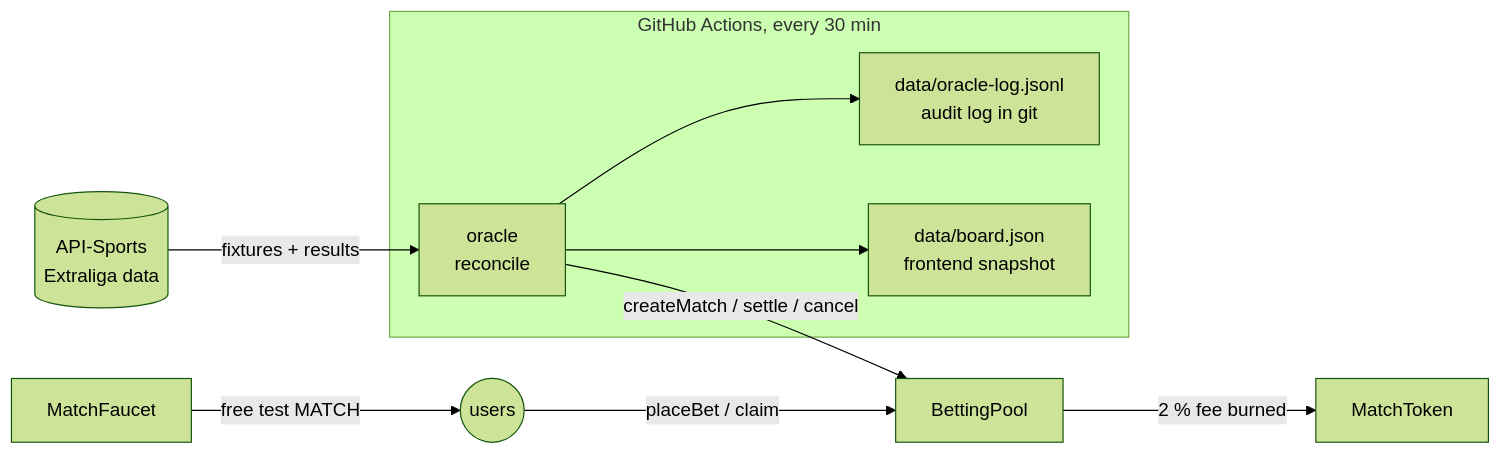
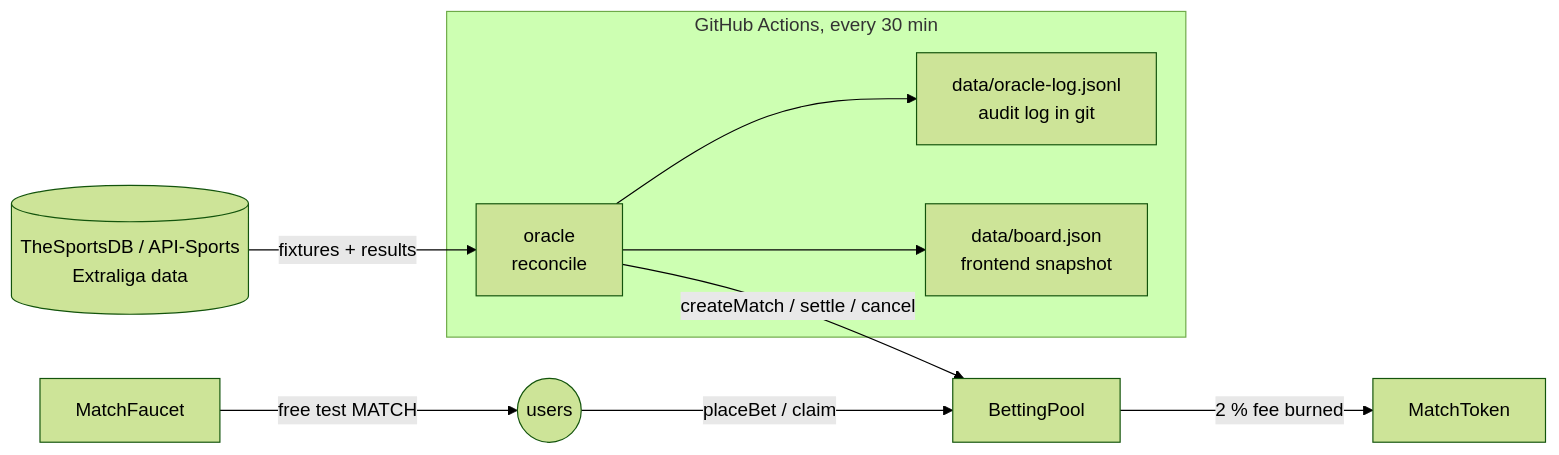
One commit to blav08/extraliga-onchain-prediction-market changed the diagram in README.md. Above: the diagram before and after it, drawn with Mermaid (forest theme). The commit also changed other lines of this file and 9 other files, not shown here.

````diff
--- a/README.md
+++ b/README.md
@@ -22,12 +22,12 @@
 ```mermaid
 flowchart LR
-    API[(API-Sports<br/>Extraliga data)] -->|fixtures + results| O
+    API[(TheSportsDB / API-Sports<br/>Extraliga data)] -->|fixtures + results| O
     subgraph GH[GitHub Actions, every 30 min]
       O[oracle<br/>reconcile] --> L[data/oracle-log.jsonl<br/>audit log in git]
       O --> B[data/board.json<br/>frontend snapshot]
     end
     O -->|createMatch / settle / cancel| P[BettingPool]
     U((users)) -->|placeBet / claim| P
     F[MatchFaucet] -->|free test MATCH| U
     P -->|2 % fee burned| T[MatchToken]
 ```
````
